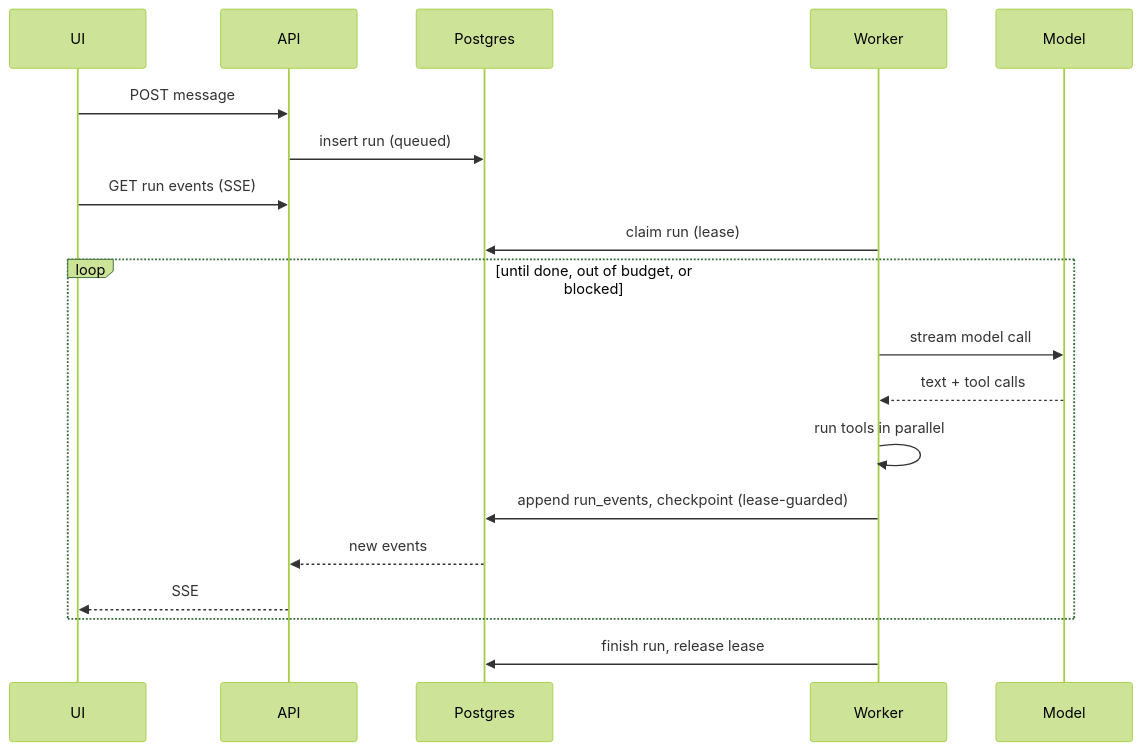
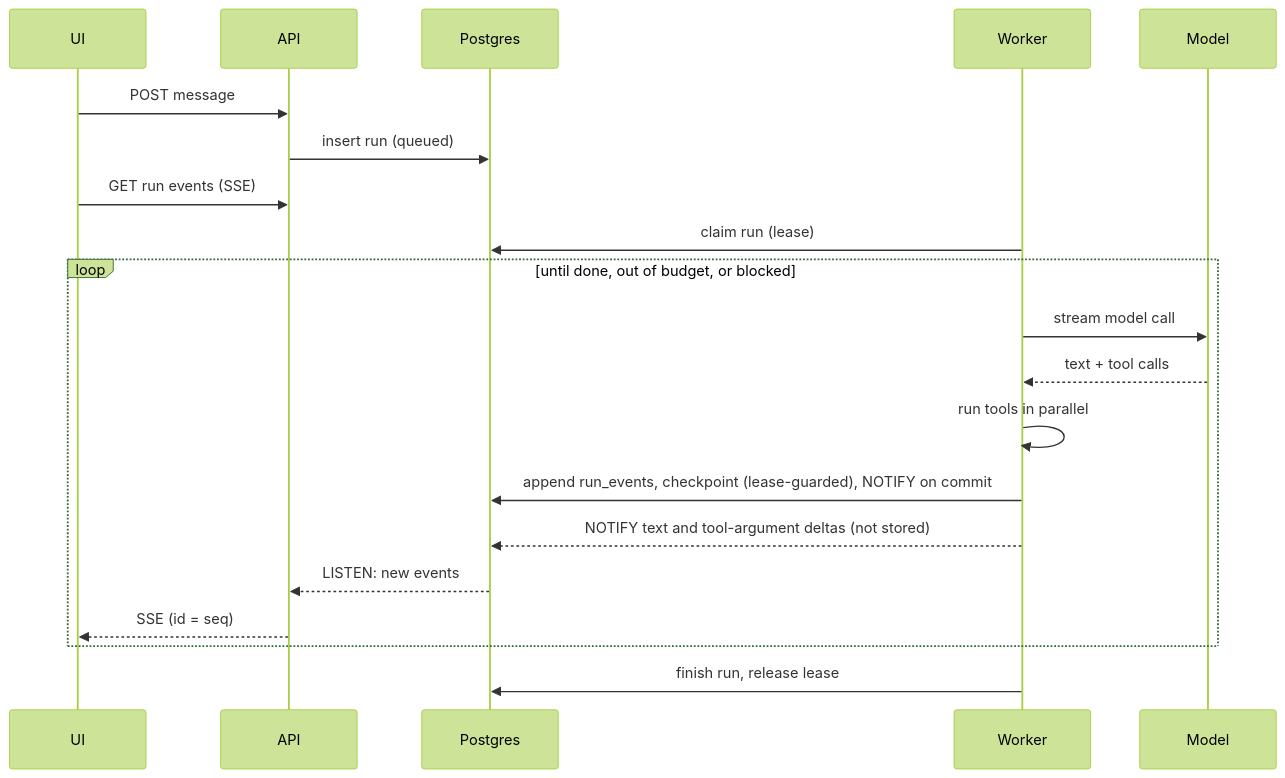
The third of 3 diagrams in docs/architecture.md (varunramakanth/kairos), drawn with Mermaid (forest theme) before and after one commit. The commit also changed other lines of this file and 7 other files, not shown here.

Commit message:
docs: record M2 decisions (ADR-007 live events, ADR-008 web search) and how to run the UI

````diff
--- a/docs/architecture.md
+++ b/docs/architecture.md
@@ -56,21 +58,22 @@
 ```mermaid
 sequenceDiagram
   participant UI
   participant API
   participant DB as Postgres
   participant W as Worker
   participant M as Model
   UI->>API: POST message
   API->>DB: insert run (queued)
   UI->>API: GET run events (SSE)
   W->>DB: claim run (lease)
   loop until done, out of budget, or blocked
     W->>M: stream model call
     M-->>W: text + tool calls
     W->>W: run tools in parallel
-    W->>DB: append run_events, checkpoint (lease-guarded)
-    DB-->>API: new events
-    API-->>UI: SSE
+    W->>DB: append run_events, checkpoint (lease-guarded), NOTIFY on commit
+    W-->>DB: NOTIFY text and tool-argument deltas (not stored)
+    DB-->>API: LISTEN: new events
+    API-->>UI: SSE (id = seq)
   end
   W->>DB: finish run, release lease
 ```
````
